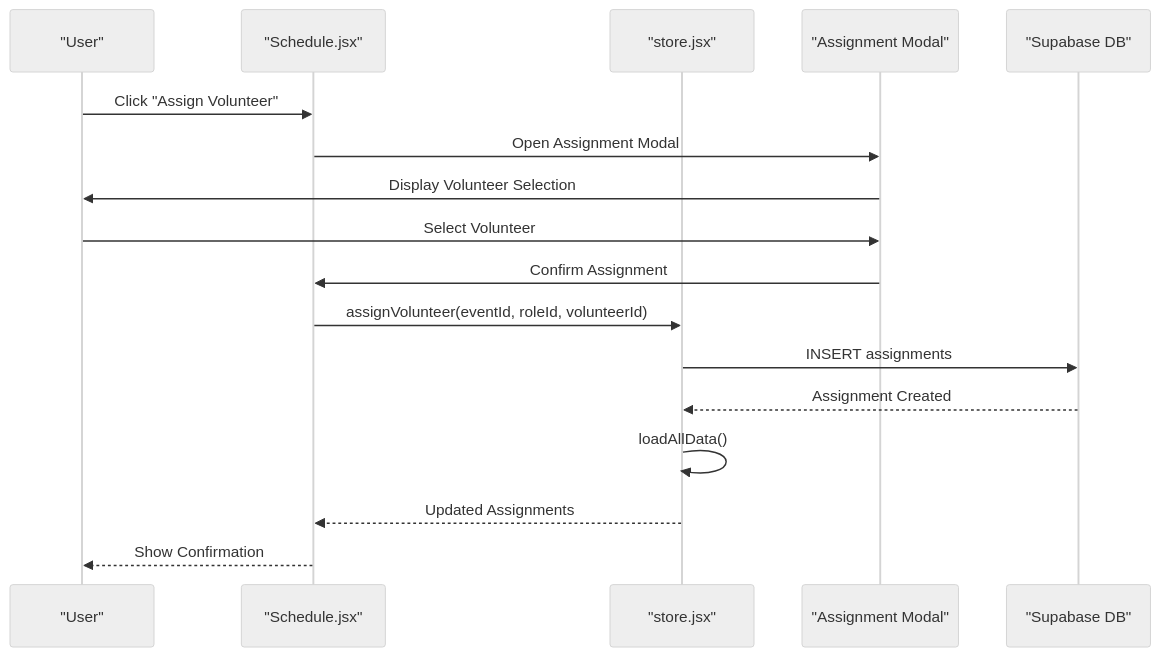
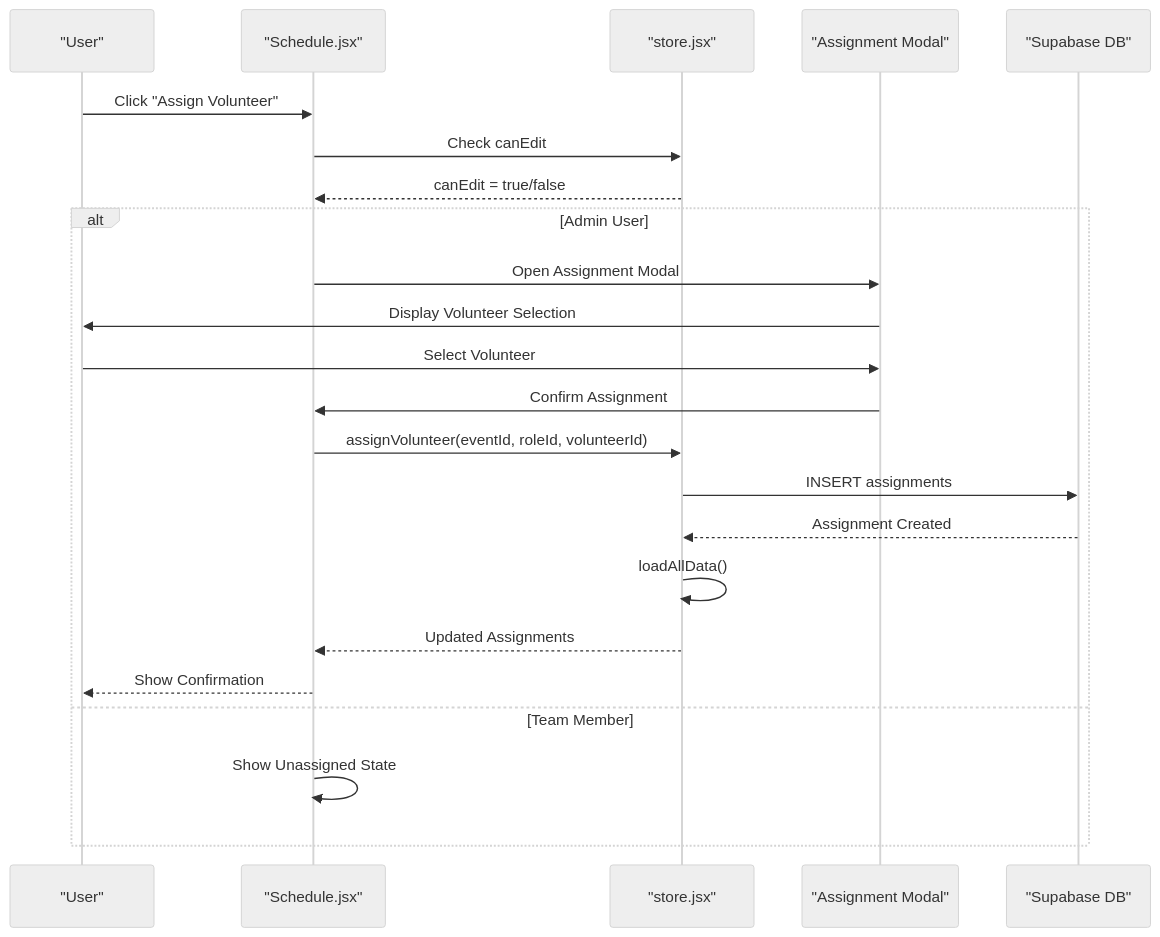
Before and after one commit to netdaniel/serveflow: the seventh of 7 diagrams in .qoder/repowiki/en/content/Volunteer Management System/Volunteer Management System.md, drawn with Mermaid (neutral theme). The commit also changed other lines of this file and 15 other files, not shown here.

````diff
--- a/.qoder/repowiki/en/content/Volunteer Management System/Volunteer Management System.md
+++ b/.qoder/repowiki/en/content/Volunteer Management System/Volunteer Management System.md
@@ -443,19 +548,25 @@
 ```mermaid
 sequenceDiagram
 participant User as "User"
 participant SchedulePage as "Schedule.jsx"
 participant Store as "store.jsx"
 participant Modal as "Assignment Modal"
 participant DB as "Supabase DB"
 User->>SchedulePage : Click "Assign Volunteer"
+SchedulePage->>Store : Check canEdit
+Store-->>SchedulePage : canEdit = true/false
+alt Admin User
 SchedulePage->>Modal : Open Assignment Modal
 Modal->>User : Display Volunteer Selection
 User->>Modal : Select Volunteer
 Modal->>SchedulePage : Confirm Assignment
 SchedulePage->>Store : assignVolunteer(eventId, roleId, volunteerId)
 Store->>DB : INSERT assignments
 DB-->>Store : Assignment Created
 Store->>Store : loadAllData()
 Store-->>SchedulePage : Updated Assignments
 SchedulePage-->>User : Show Confirmation
+else Team Member
+SchedulePage->>SchedulePage : Show Unassigned State
+end
 ```
````
